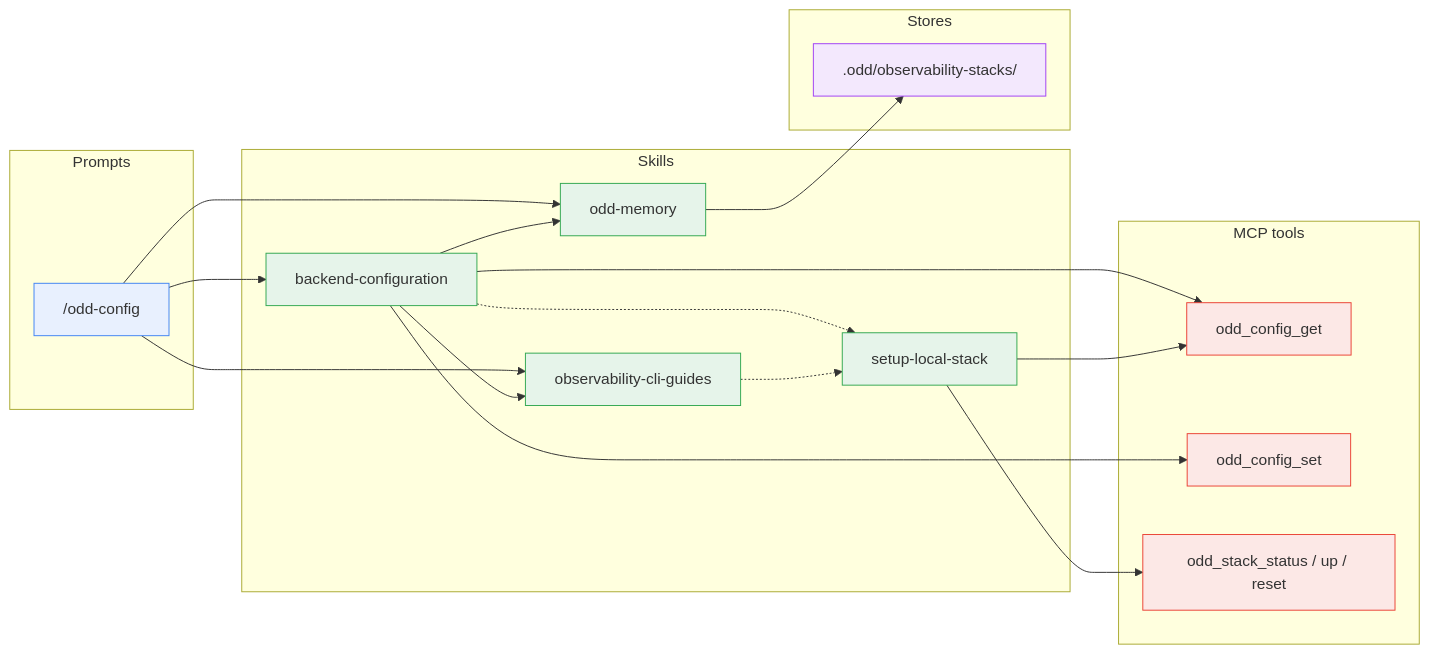
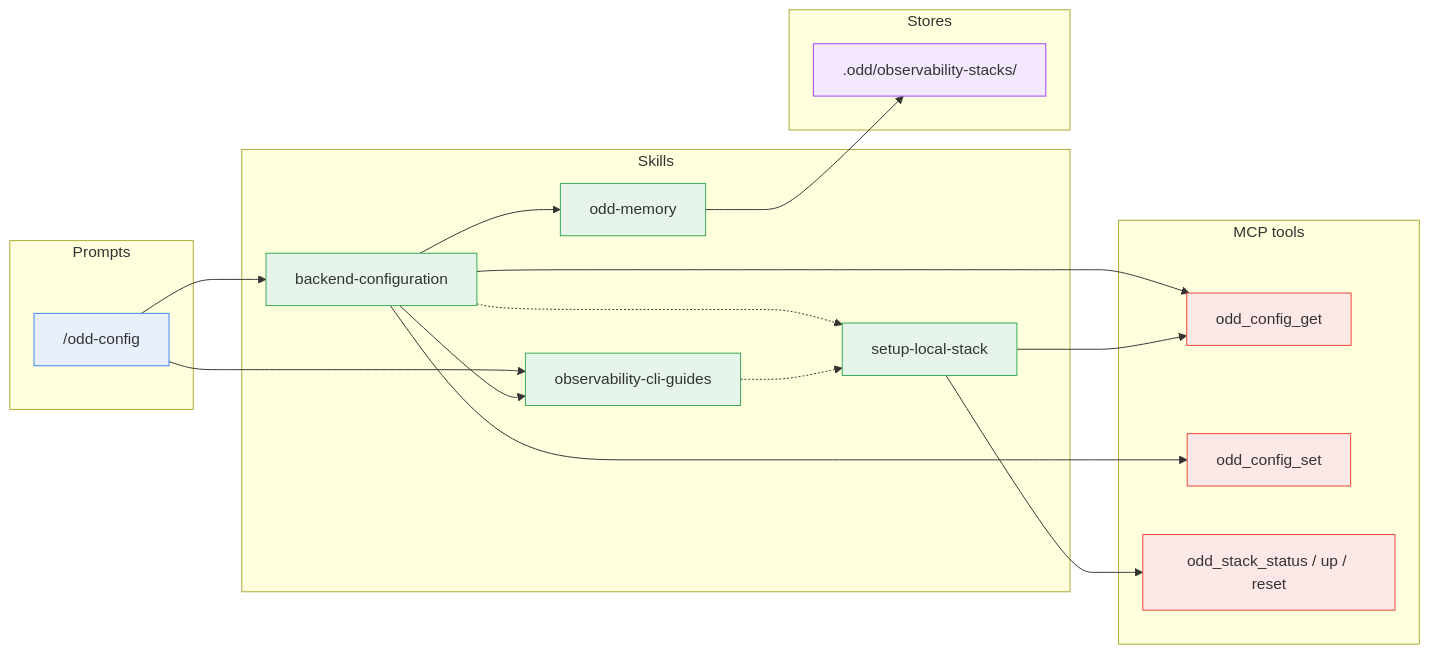
Before and after one commit to using-system/oddyssey: the seventh of 8 diagrams in docs/guide/plugin.md, drawn with Mermaid. The commit also changed other lines of this file and 36 other files, not shown here.

````diff
--- a/docs/guide/plugin.md
+++ b/docs/guide/plugin.md
@@ -383,47 +435,46 @@
 ```mermaid
 flowchart LR
   subgraph Prompts
     config["/odd-config"]
   end
 
   subgraph Skills
     bc[backend-configuration]
     ocg[observability-cli-guides]
     sls[setup-local-stack]
     mem[odd-memory]
   end
 
   subgraph Stores
     stackdir[".odd/observability-stacks/"]
   end
 
   subgraph MCP["MCP tools"]
     cfgget[odd_config_get]
     cfgset[odd_config_set]
     stack[odd_stack_status / up / reset]
   end
 
   config --> bc
   config --> ocg
-  config --> mem
 
   bc --> ocg
   bc --> mem
   mem --> stackdir
   bc --> cfgset
 
   bc -.-> sls
   bc --> cfgget
   ocg -.-> sls
   sls --> cfgget
   sls --> stack
 
   classDef prompt fill:#e8f0fe,stroke:#4285f4
   classDef skill fill:#e6f4ea,stroke:#34a853
   classDef store fill:#f3e8fd,stroke:#a142f4
   classDef mcp fill:#fce8e6,stroke:#ea4335
   class config prompt
   class bc,ocg,sls,mem skill
   class stackdir store
   class cfgget,cfgset,stack mcp
 ```
````
